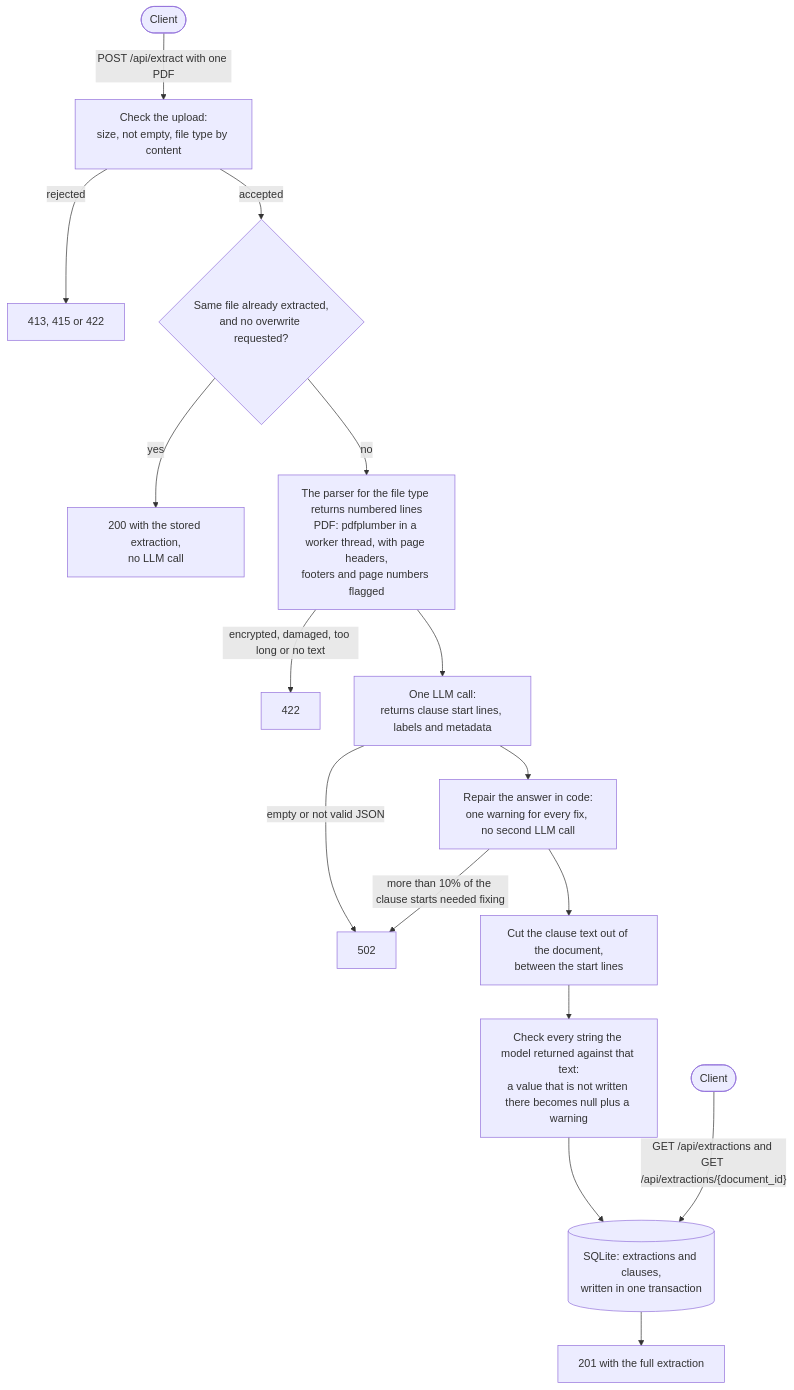
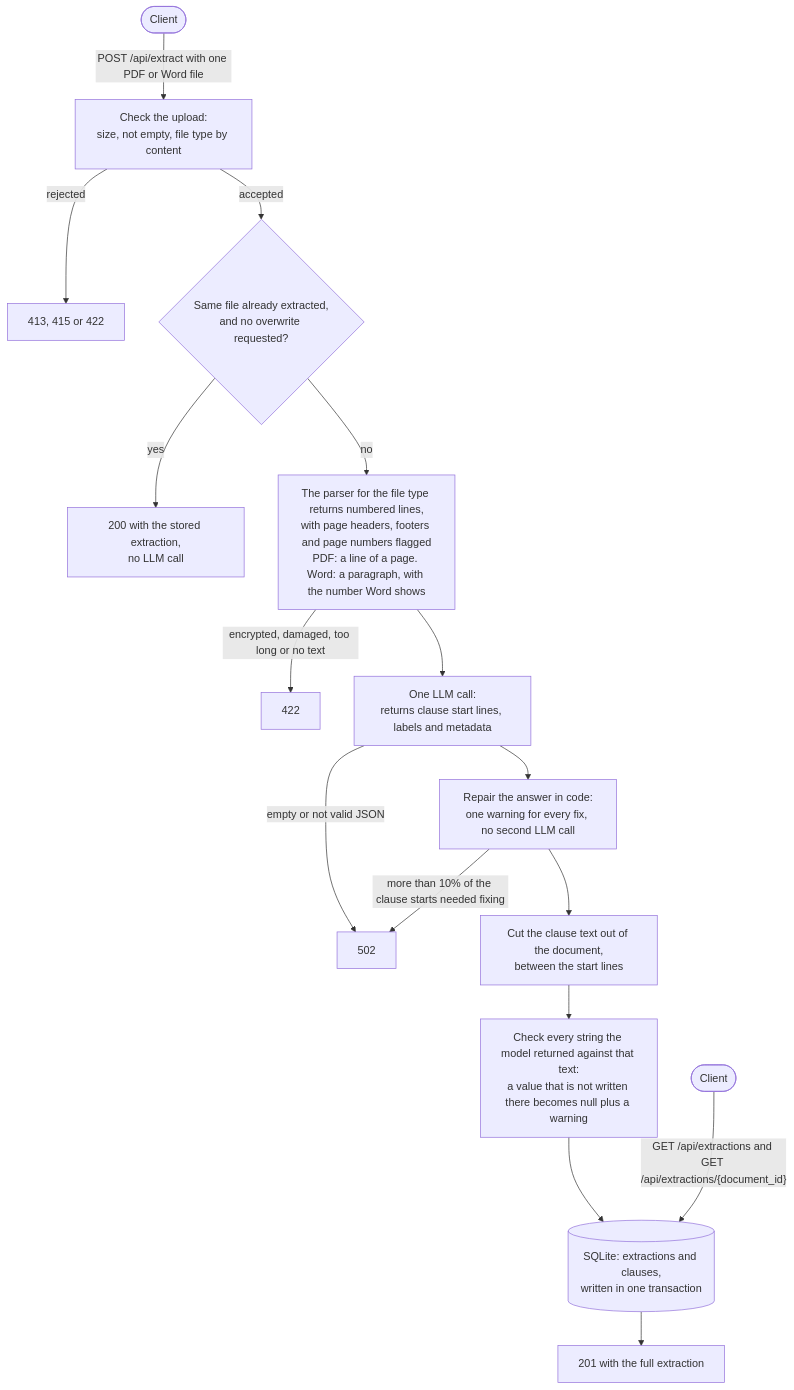
One commit to abazaenis/legal-clause-extractor changed the diagram in README.md. Above: the diagram before and after it, drawn with Mermaid. The commit also changed other lines of this file and 19 other files, not shown here.

````diff
--- a/README.md
+++ b/README.md
@@ -7,18 +7,18 @@
 ```mermaid
 flowchart TD
-    client(["Client"]) -->|"POST /api/extract with one PDF"| checks["Check the upload:<br/>size, not empty, file type by content"]
+    client(["Client"]) -->|"POST /api/extract with one PDF or Word file"| checks["Check the upload:<br/>size, not empty, file type by content"]
     checks -->|"rejected"| reject["413, 415 or 422"]
     checks -->|"accepted"| known{"Same file already extracted,<br/>and no overwrite requested?"}
     known -->|"yes"| stored["200 with the stored extraction,<br/>no LLM call"]
-    known -->|"no"| parse["The parser for the file type returns numbered lines<br/>PDF: pdfplumber in a worker thread, with page headers,<br/>footers and page numbers flagged"]
+    known -->|"no"| parse["The parser for the file type returns numbered lines,<br/>with page headers, footers and page numbers flagged<br/>PDF: a line of a page. Word: a paragraph, with the number Word shows"]
     parse -->|"encrypted, damaged, too long or no text"| unreadable["422"]
     parse --> llm["One LLM call:<br/>returns clause start lines, labels and metadata"]
     llm -->|"empty or not valid JSON"| fail["502"]
     llm --> repair["Repair the answer in code:<br/>one warning for every fix, no second LLM call"]
     repair -->|"more than 10% of the clause starts needed fixing"| fail
     repair --> cut["Cut the clause text out of the document,<br/>between the start lines"]
     cut --> verify["Check every string the model returned against that text:<br/>a value that is not written there becomes null plus a warning"]
     verify --> store[("SQLite: extractions and clauses,<br/>written in one transaction")]
     store --> created["201 with the full extraction"]
     reader(["Client"]) -->|"GET /api/extractions and GET /api/extractions/{document_id}"| store
 ```
````
